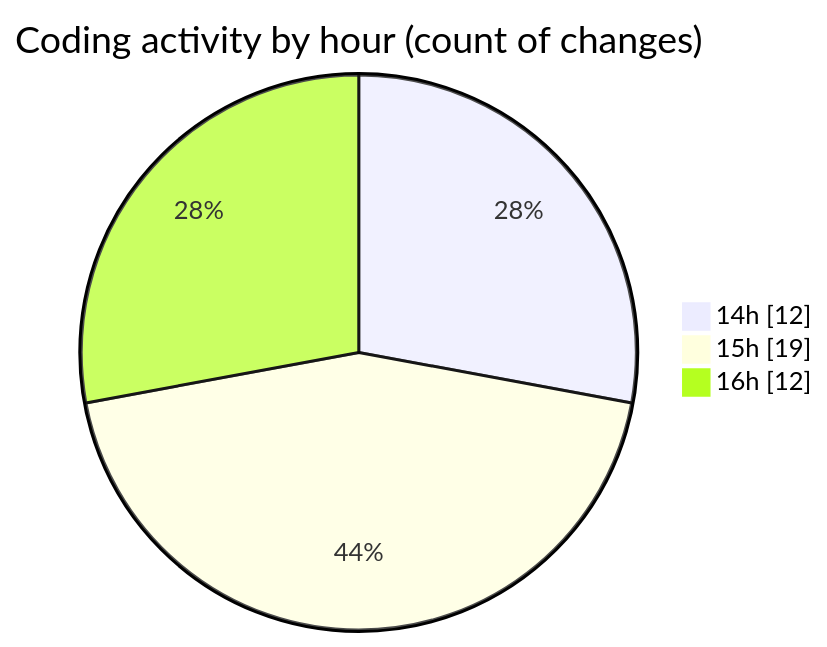
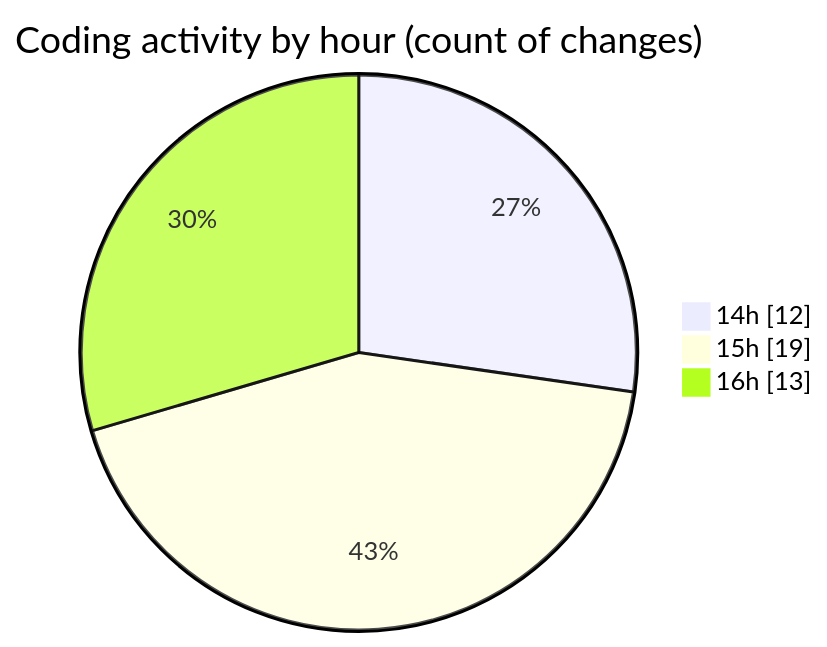
The second of 2 diagrams in 2025-08-10/rentotp/README.md (lephambinh05/code-tracking), drawn with Mermaid before and after one commit. The commit also changed other lines of this file and 1 other file, not shown here.

````diff
--- a/2025-08-10/rentotp/README.md
+++ b/2025-08-10/rentotp/README.md
@@ -35,7 +35,7 @@
 ```mermaid
 pie showData
 title Coding activity by hour (count of changes)
 "14h" : 12
 "15h" : 19
-"16h" : 12
+"16h" : 13
 ```
````
